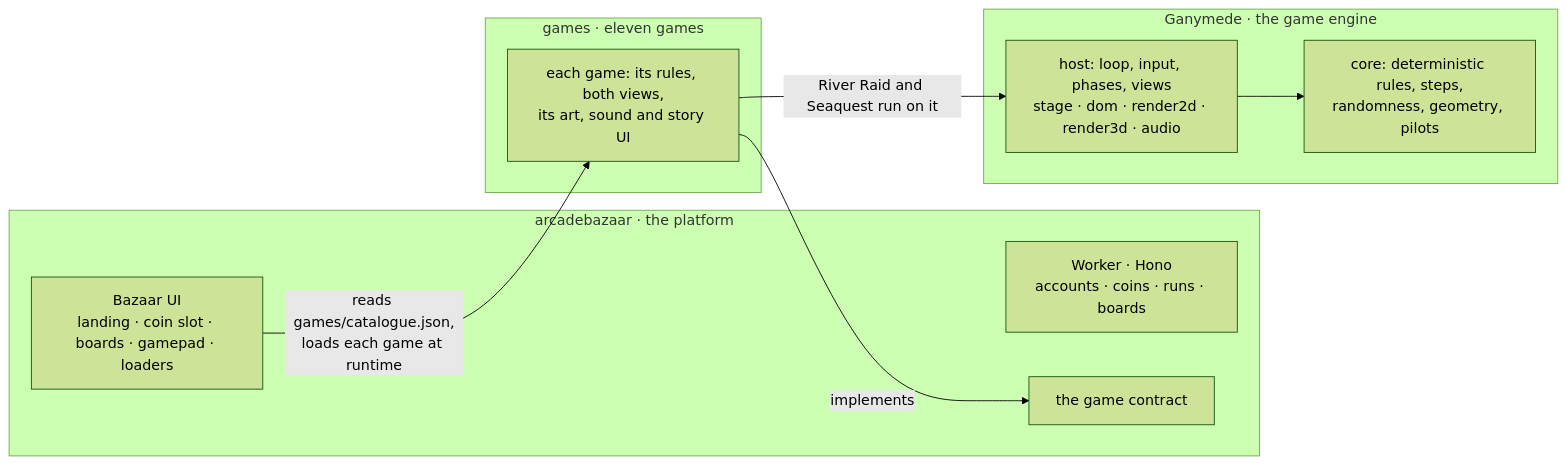
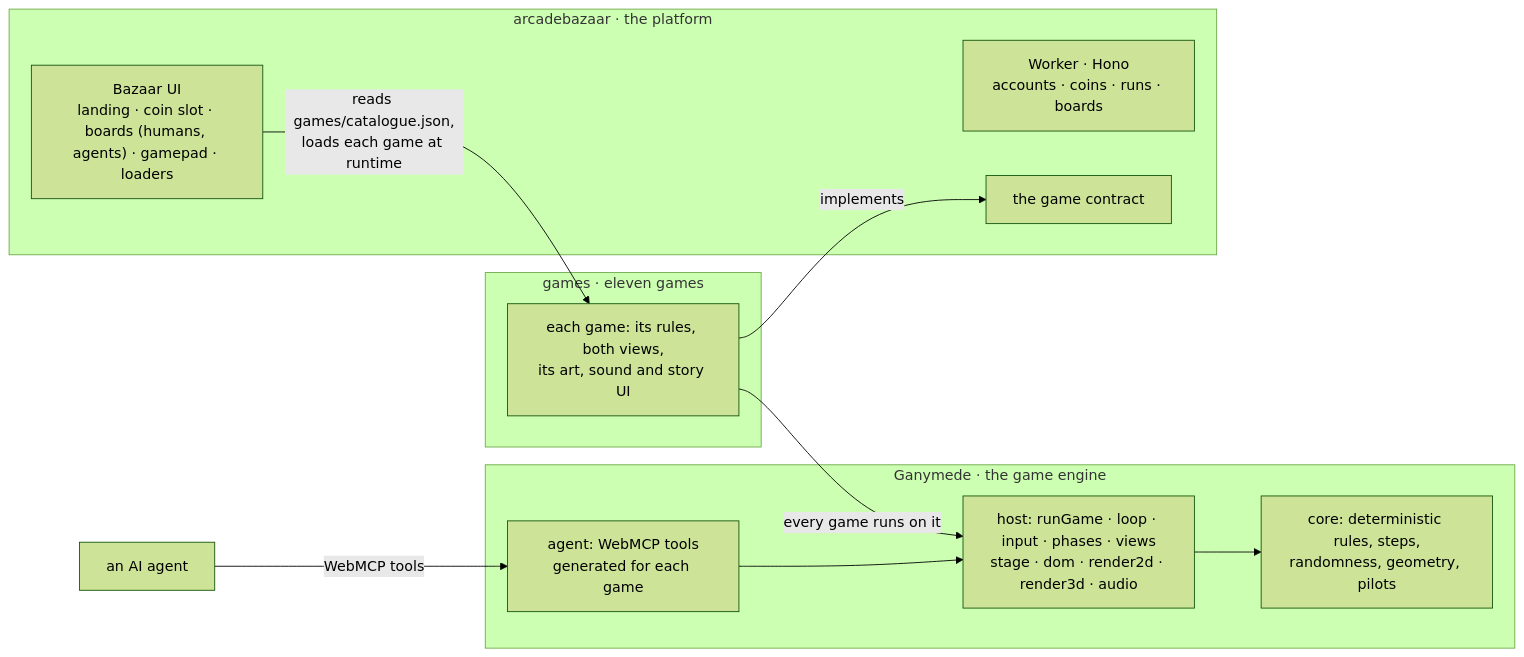
The first of 2 diagrams in README.md (GoPlausible/colosseum-cryptofair-hackathon), drawn with Mermaid (forest theme) before and after one commit. The commit also changed other lines of this file, not shown here.

````diff
--- a/README.md
+++ b/README.md
@@ -138,19 +159,22 @@
 ```mermaid
 flowchart LR
   subgraph AB["arcadebazaar · the platform"]
-    UI["Bazaar UI<br/>landing · coin slot · boards · gamepad · loaders"]
+    UI["Bazaar UI<br/>landing · coin slot · boards (humans, agents) · gamepad · loaders"]
     API["Worker · Hono<br/>accounts · coins · runs · boards"]
     C["the game contract"]
   end
   subgraph G["games · eleven games"]
     GM["each game: its rules, both views,<br/>its art, sound and story UI"]
   end
   subgraph E["Ganymede · the game engine"]
-    HOST["host: loop, input, phases, views<br/>stage · dom · render2d · render3d · audio"]
+    HOST["host: runGame · loop · input · phases · views<br/>stage · dom · render2d · render3d · audio"]
+    AGENT["agent: WebMCP tools<br/>generated for each game"]
     CORE["core: deterministic rules, steps,<br/>randomness, geometry, pilots"]
   end
+  AI["an AI agent"] -- "WebMCP tools" --> AGENT
   UI -- "reads games/catalogue.json,<br/>loads each game at runtime" --> GM
   GM -- implements --> C
-  GM -- "River Raid and Seaquest run on it" --> HOST
+  GM -- "every game runs on it" --> HOST
+  AGENT --> HOST
   HOST --> CORE
 ```
````
